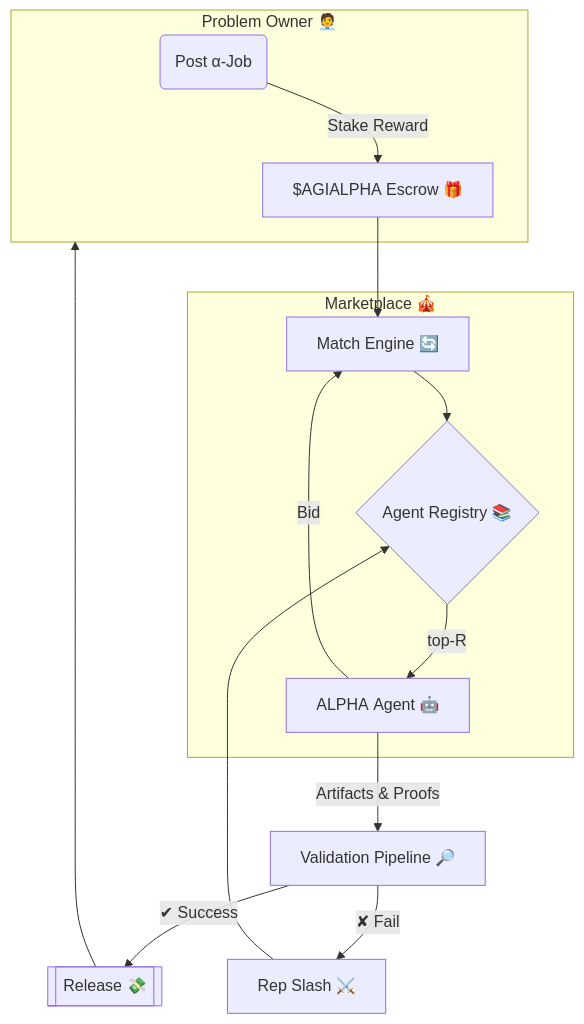
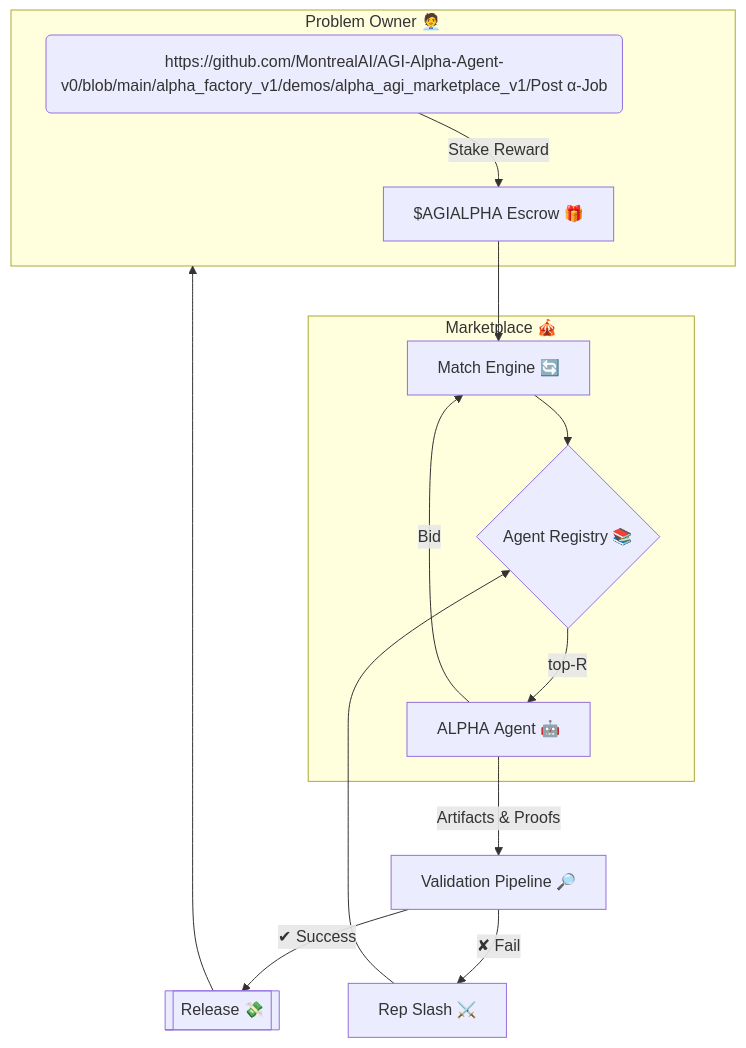
One commit to MontrealAI/AGI-Alpha-Agent-v0 changed the diagram in docs/demos/alpha_agi_marketplace_v1.md. Above: the diagram before and after it, drawn with Mermaid. The commit also changed other lines of this file and 22 other files, not shown here.

````diff
--- a/docs/demos/alpha_agi_marketplace_v1.md
+++ b/docs/demos/alpha_agi_marketplace_v1.md
@@ -61,21 +61,21 @@
 ```mermaid
 flowchart TB
     subgraph Client["Problem Owner 🧑‍💼"]
-        A(Post α‑Job)
+        A(https://github.com/MontrealAI/AGI-Alpha-Agent-v0/blob/main/alpha_factory_v1/demos/alpha_agi_marketplace_v1/Post α‑Job)
         A-->|Stake Reward|Esc[$AGIALPHA Escrow 🎁]
     end
 
     subgraph "Marketplace 🎪"
         Esc --> Match[Match Engine 🔄]
         Match --> Reg{Agent Registry 📚}
         Reg -->|top‑R| Ag[ALPHA Agent 🤖]
         Ag -->|Bid| Match
     end
 
     Ag -->|Artifacts & Proofs| Val[Validation Pipeline 🔎]
     Val -->|✔ Success| Pay[[Release 💸]]
     Val -->|✘ Fail| Slash[Rep Slash ⚔️]
 
     Pay --> Client
     Slash --> Reg
 ```
````
